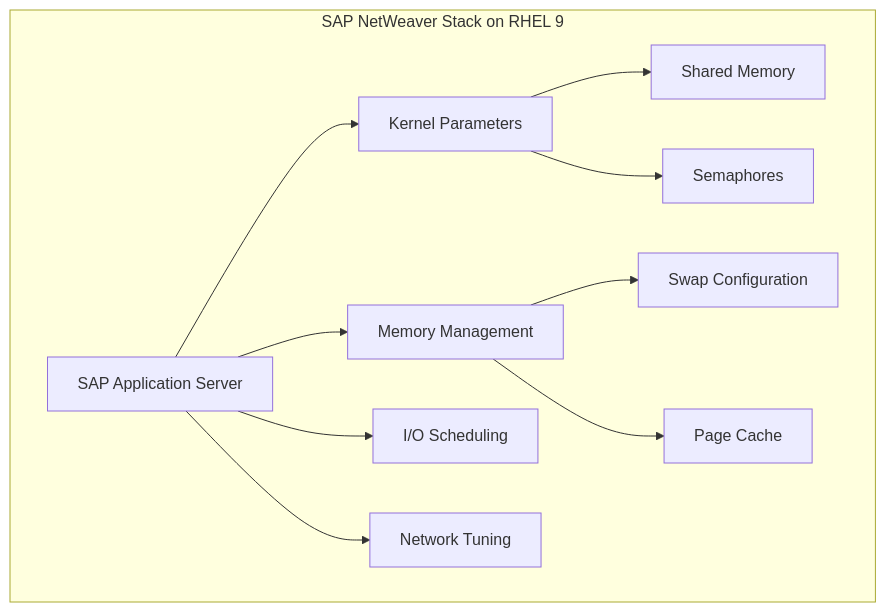
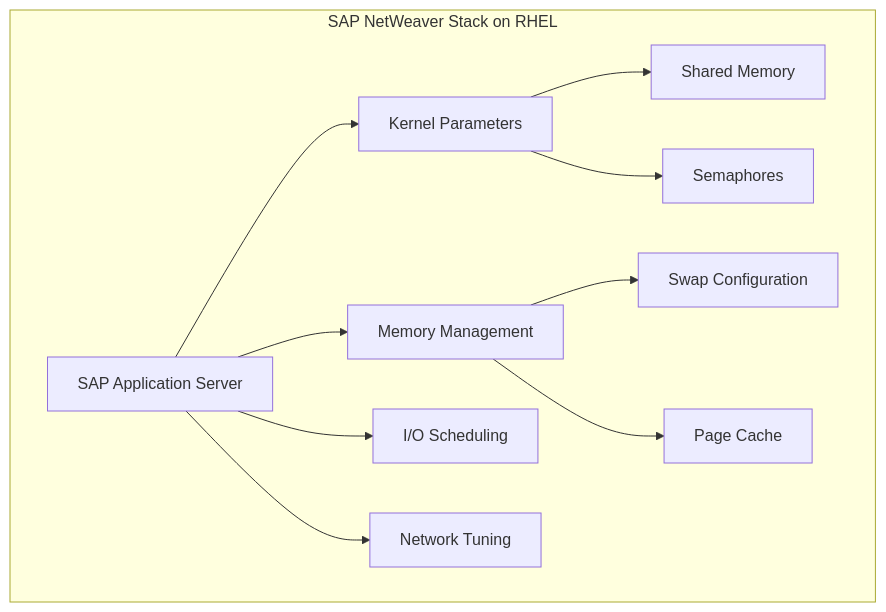
One commit to OneUptime/blog changed the first of 2 diagrams in posts/2026-03-04-tune-rhel-9-sap-netweaver-workloads/README.md. Above: the diagram before and after it, drawn with Mermaid. The commit also changed other lines of this file and 4866 other files, not shown here.

````diff
--- a/posts/2026-03-04-tune-rhel-9-sap-netweaver-workloads/README.md
+++ b/posts/2026-03-04-tune-rhel-9-sap-netweaver-workloads/README.md
@@ -15,14 +15,14 @@
 ```mermaid
 graph TB
-    subgraph "SAP NetWeaver Stack on RHEL 9"
+    subgraph "SAP NetWeaver Stack on RHEL"
         App[SAP Application Server]
         App --> Kernel[Kernel Parameters]
         App --> Memory[Memory Management]
         App --> IO[I/O Scheduling]
         App --> Network[Network Tuning]
         Kernel --> Shmem[Shared Memory]
         Kernel --> Sem[Semaphores]
         Memory --> Swap[Swap Configuration]
         Memory --> Pagecache[Page Cache]
     end
 ```
````
